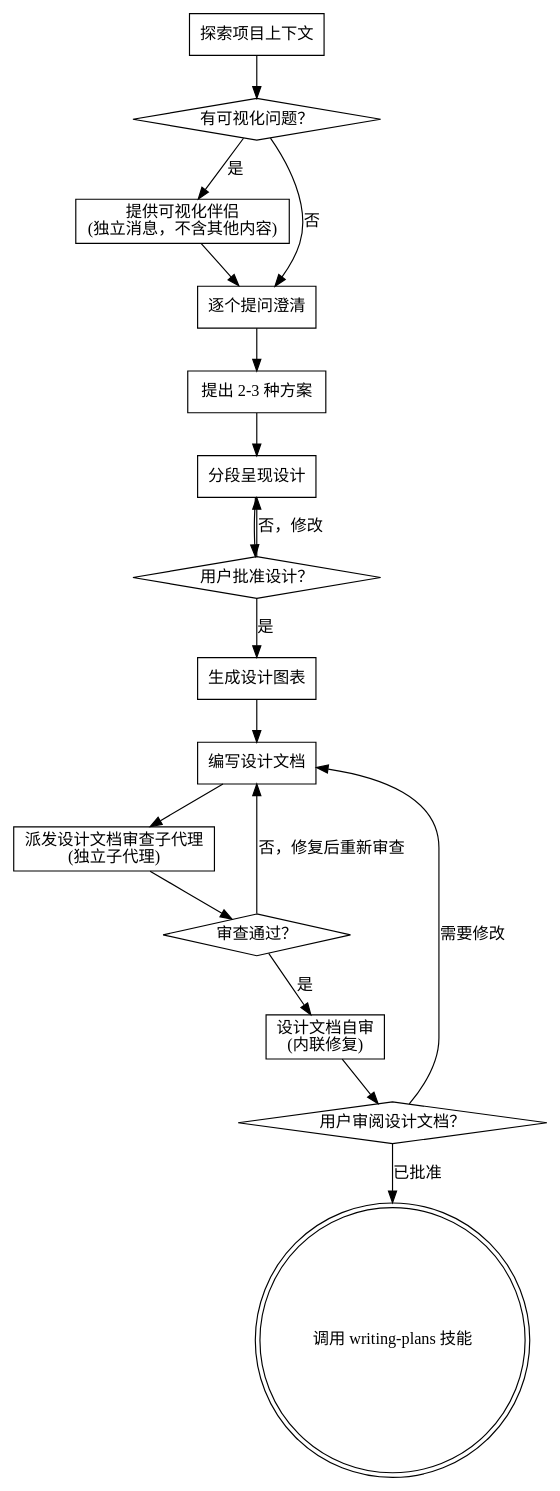
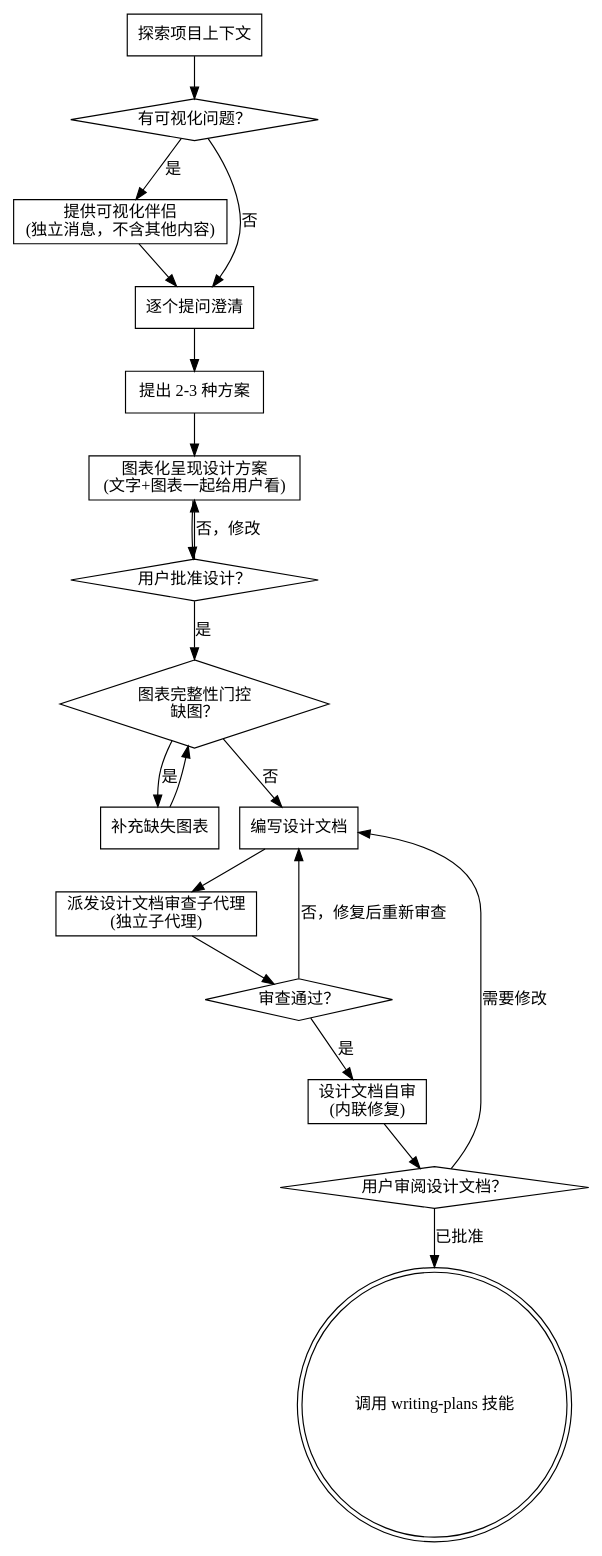
One commit to Geek-Bob/SuperpowersLite changed the diagram in skills/brainstorming/SKILL.md. Above: the diagram before and after it, drawn with Graphviz. The commit also changed other lines of this file, not shown here.

Commit message:
feat: 强化图表驱动设计强制性 — 呈现阶段即带图 + 图表完整性门控

````diff
--- a/skills/brainstorming/SKILL.md
+++ b/skills/brainstorming/SKILL.md
@@ -38,36 +42,39 @@
 ```dot
 digraph brainstorming {
     "探索项目上下文" [shape=box];
     "有可视化问题？" [shape=diamond];
     "提供可视化伴侣\n(独立消息，不含其他内容)" [shape=box];
     "逐个提问澄清" [shape=box];
     "提出 2-3 种方案" [shape=box];
-    "分段呈现设计" [shape=box];
+    "图表化呈现设计方案\n(文字+图表一起给用户看)" [shape=box];
     "用户批准设计？" [shape=diamond];
-    "生成设计图表" [shape=box];
+    "图表完整性门控\n缺图？" [shape=diamond];
+    "补充缺失图表" [shape=box];
     "编写设计文档" [shape=box];
     "派发设计文档审查子代理\n(独立子代理)" [shape=box];
     "审查通过？" [shape=diamond];
     "设计文档自审\n(内联修复)" [shape=box];
     "用户审阅设计文档？" [shape=diamond];
     "调用 writing-plans 技能" [shape=doublecircle];
 
     "探索项目上下文" -> "有可视化问题？";
     "有可视化问题？" -> "提供可视化伴侣\n(独立消息，不含其他内容)" [label="是"];
     "有可视化问题？" -> "逐个提问澄清" [label="否"];
     "提供可视化伴侣\n(独立消息，不含其他内容)" -> "逐个提问澄清";
     "逐个提问澄清" -> "提出 2-3 种方案";
-    "提出 2-3 种方案" -> "分段呈现设计";
-    "分段呈现设计" -> "用户批准设计？";
-    "用户批准设计？" -> "分段呈现设计" [label="否，修改"];
-    "用户批准设计？" -> "生成设计图表" [label="是"];
-    "生成设计图表" -> "编写设计文档";
+    "提出 2-3 种方案" -> "图表化呈现设计方案\n(文字+图表一起给用户看)";
+    "图表化呈现设计方案\n(文字+图表一起给用户看)" -> "用户批准设计？";
+    "用户批准设计？" -> "图表化呈现设计方案\n(文字+图表一起给用户看)" [label="否，修改"];
+    "用户批准设计？" -> "图表完整性门控\n缺图？" [label="是"];
+    "图表完整性门控\n缺图？" -> "补充缺失图表" [label="是"];
+    "补充缺失图表" -> "图表完整性门控\n缺图？";
+    "图表完整性门控\n缺图？" -> "编写设计文档" [label="否"];
     "编写设计文档" -> "派发设计文档审查子代理\n(独立子代理)";
     "派发设计文档审查子代理\n(独立子代理)" -> "审查通过？";
     "审查通过？" -> "设计文档自审\n(内联修复)" [label="是"];
     "审查通过？" -> "编写设计文档" [label="否，修复后重新审查"];
     "设计文档自审\n(内联修复)" -> "用户审阅设计文档？";
     "用户审阅设计文档？" -> "编写设计文档" [label="需要修改"];
     "用户审阅设计文档？" -> "调用 writing-plans 技能" [label="已批准"];
 }
 ```
````
